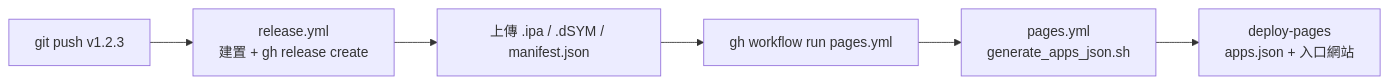
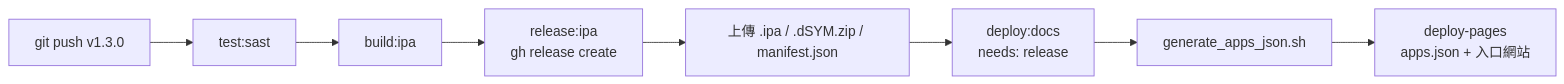
One commit to Mcc-Mak/ios-app changed the diagram in docbase/cicd.md. Above: the diagram before and after it, drawn with Mermaid. The commit also changed other lines of this file and 28 other files, not shown here.

````diff
--- a/docbase/cicd.md
+++ b/docbase/cicd.md
@@ -57,8 +79,10 @@
 ```mermaid
 flowchart LR
-  tag["git push v1.2.3"] --> rel["release.yml<br/>建置 + gh release create"]
-  rel --> upload["上傳 .ipa / .dSYM / manifest.json"]
-  upload --> trig["gh workflow run pages.yml"]
-  trig --> pages["pages.yml<br/>generate_apps_json.sh"]
-  pages --> deploy["deploy-pages<br/>apps.json + 入口網站"]
+  tag["git push v1.3.0"] --> test["test:sast"]
+  test --> build["build:ipa"]
+  build --> rel["release:ipa<br/>gh release create"]
+  rel --> upload["上傳 .ipa / .dSYM.zip / manifest.json"]
+  upload --> deploy["deploy:docs<br/>needs: release"]
+  deploy --> gen["generate_apps_json.sh"]
+  gen --> pages["deploy-pages<br/>apps.json + 入口網站"]
 ```
````
